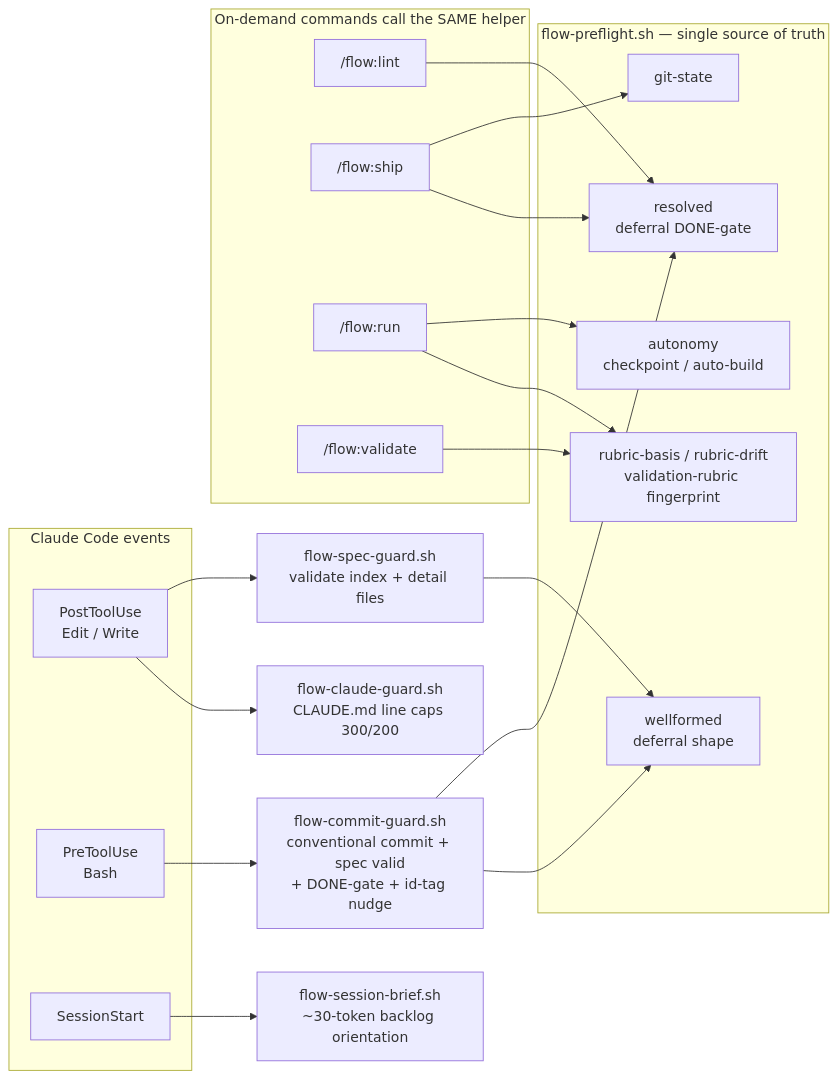
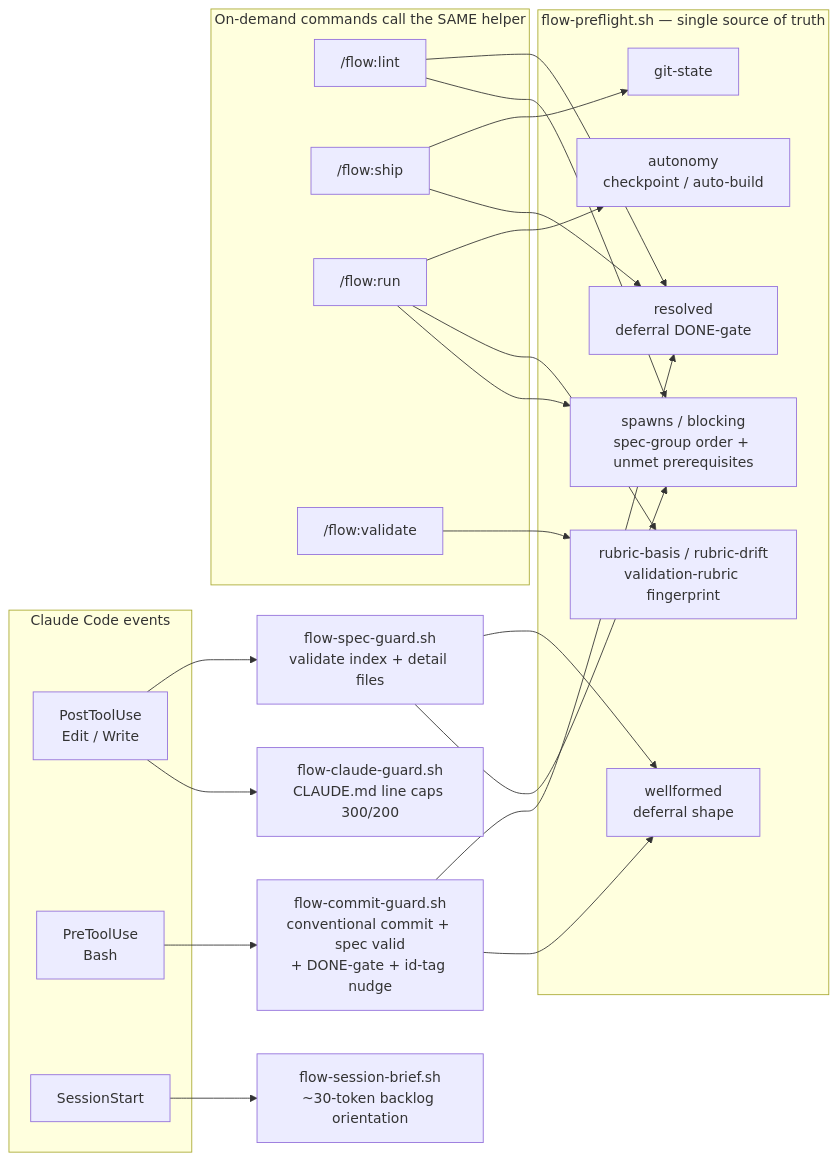
One commit to liminalarc/flow-toolkit changed the third of 5 diagrams in docs/how-it-works.md. Above: the diagram before and after it, drawn with Mermaid. The commit also changed 6 other files, not shown here.

First line of the commit message:
[1.22] feat: gate consumes blocking; template, docs, diagram (T2)

````diff
--- a/docs/how-it-works.md
+++ b/docs/how-it-works.md
@@ -127,39 +127,43 @@
 ```mermaid
 flowchart LR
     subgraph Events["Claude Code events"]
         E1["PostToolUse<br/>Edit / Write"]
         E2["PreToolUse<br/>Bash"]
         E3["SessionStart"]
     end
 
     E1 --> SG[flow-spec-guard.sh<br/>validate index + detail files]
     E1 --> CG[flow-claude-guard.sh<br/>CLAUDE.md line caps 300/200]
     E2 --> CMG[flow-commit-guard.sh<br/>conventional commit + spec valid<br/>+ DONE-gate + id-tag nudge]
     E3 --> SB[flow-session-brief.sh<br/>~30-token backlog orientation]
 
     subgraph Preflight["flow-preflight.sh — single source of truth"]
         R1[git-state]
         R2[resolved<br/>deferral DONE-gate]
         R3[wellformed<br/>deferral shape]
         R4[autonomy<br/>checkpoint / auto-build]
         R5[rubric-basis / rubric-drift<br/>validation-rubric fingerprint]
+        R6["spawns / blocking<br/>spec-group order + unmet prerequisites"]
     end
 
     SG --> R3
+    SG --> R6
     CMG --> R2
     CMG --> R3
 
     subgraph Cmds["On-demand commands call the SAME helper"]
         C1["/flow:lint"]
         C2["/flow:ship"]
         C3["/flow:run"]
         C4["/flow:validate"]
     end
 
     C1 --> R2
+    C1 --> R6
     C2 --> R1
     C2 --> R2
     C3 --> R4
     C3 --> R5
+    C3 --> R6
     C4 --> R5
 ```
````
